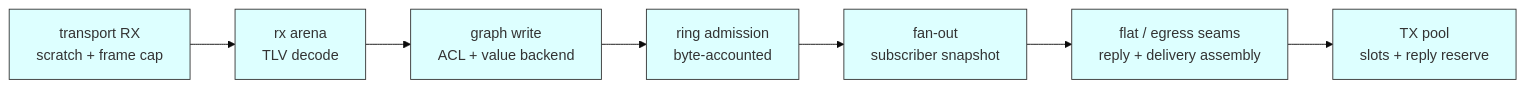
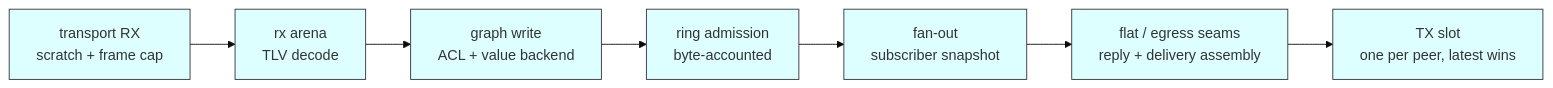
Before and after one commit to avatarsd-llc/libtracer: the diagram in docs/reference/22-backpressure-and-sizing.md, drawn with Mermaid (base theme). The commit also changed other lines of this file and 20 other files, not shown here.

First line of the commit message:
httpd_ws_link: one latest-wins TX slot per peer, so a slow client blocks nobody (#2095)

````diff
--- a/docs/reference/22-backpressure-and-sizing.md
+++ b/docs/reference/22-backpressure-and-sizing.md
@@ -48,12 +48,12 @@
 ```mermaid
 flowchart LR
   RX["transport RX<br/>scratch + frame cap"] --> ARENA["rx arena<br/>TLV decode"]
   ARENA --> GW["graph write<br/>ACL + value backend"]
   GW --> RING["ring admission<br/>byte-accounted"]
   RING --> FAN["fan-out<br/>subscriber snapshot"]
   FAN --> FLAT["flat / egress seams<br/>reply + delivery assembly"]
-  FLAT --> TX["TX pool<br/>slots + reply reserve"]
+  FLAT --> TX["TX slot<br/>one per peer, latest wins"]
 
   classDef stage fill:#dff,stroke:#333
   class RX,ARENA,GW,RING,FAN,FLAT,TX stage
 ```
````
